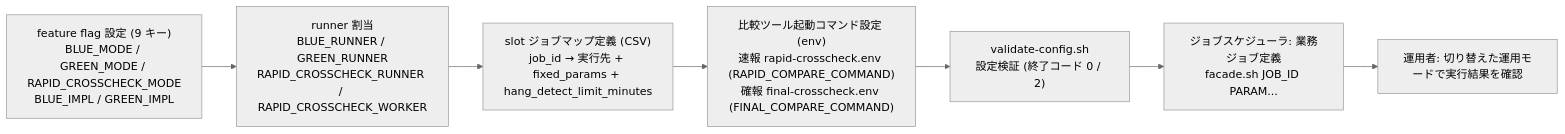
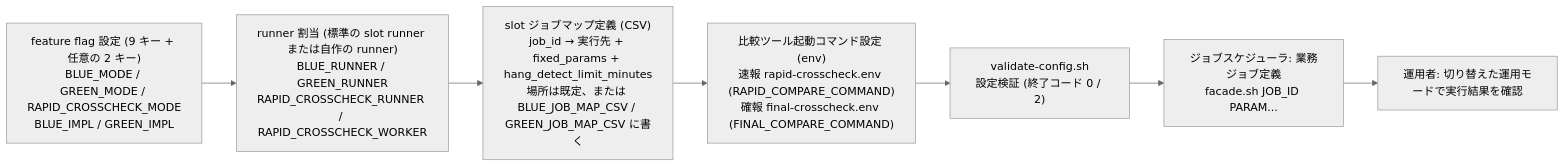
The third of 6 diagrams in docs/specs/latest/_cross-cutting/ux-ui/ux-design.md (suwa-sh/relay-gate), drawn with Mermaid (neutral theme) before and after one commit. The commit also changed other lines of this file and 1190 other files, not shown here.

First line of the commit message:
feat: feature flag を設定する (#18)

````diff
--- a/docs/specs/latest/_cross-cutting/ux-ui/ux-design.md
+++ b/docs/specs/latest/_cross-cutting/ux-ui/ux-design.md
@@ -70,9 +70,9 @@
 ```mermaid
 flowchart LR
-  A["feature flag 設定 (9 キー)\nBLUE_MODE / GREEN_MODE / RAPID_CROSSCHECK_MODE\nBLUE_IMPL / GREEN_IMPL"] --> B["runner 割当\nBLUE_RUNNER / GREEN_RUNNER\nRAPID_CROSSCHECK_RUNNER / RAPID_CROSSCHECK_WORKER"]
-  B --> C["slot ジョブマップ定義 (CSV)\njob_id → 実行先 + fixed_params + hang_detect_limit_minutes"]
+  A["feature flag 設定 (9 キー + 任意の 2 キー)\nBLUE_MODE / GREEN_MODE / RAPID_CROSSCHECK_MODE\nBLUE_IMPL / GREEN_IMPL"] --> B["runner 割当 (標準の slot runner または自作の runner)\nBLUE_RUNNER / GREEN_RUNNER\nRAPID_CROSSCHECK_RUNNER / RAPID_CROSSCHECK_WORKER"]
+  B --> C["slot ジョブマップ定義 (CSV)\njob_id → 実行先 + fixed_params + hang_detect_limit_minutes\n場所は既定、または BLUE_JOB_MAP_CSV / GREEN_JOB_MAP_CSV に書く"]
   C --> D["比較ツール起動コマンド設定 (env)\n速報 rapid-crosscheck.env (RAPID_COMPARE_COMMAND)\n確報 final-crosscheck.env (FINAL_COMPARE_COMMAND)"]
   D --> E["validate-config.sh\n設定検証 (終了コード 0 / 2)"]
   E --> F["ジョブスケジューラ: 業務ジョブ定義\nfacade.sh JOB_ID PARAM..."]
   F --> G["運用者: 切り替えた運用モードで実行結果を確認"]
 ```
````
